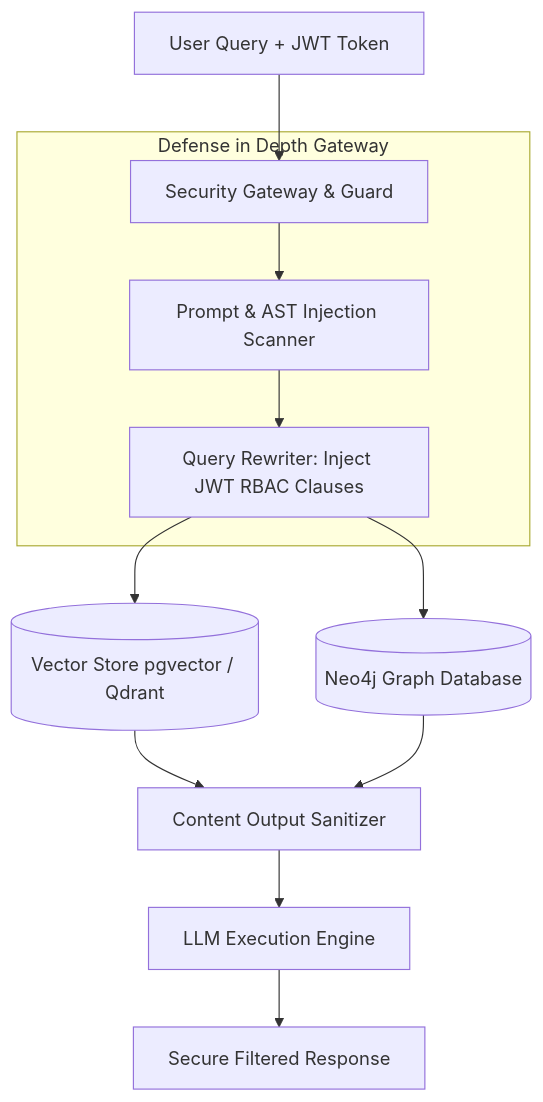
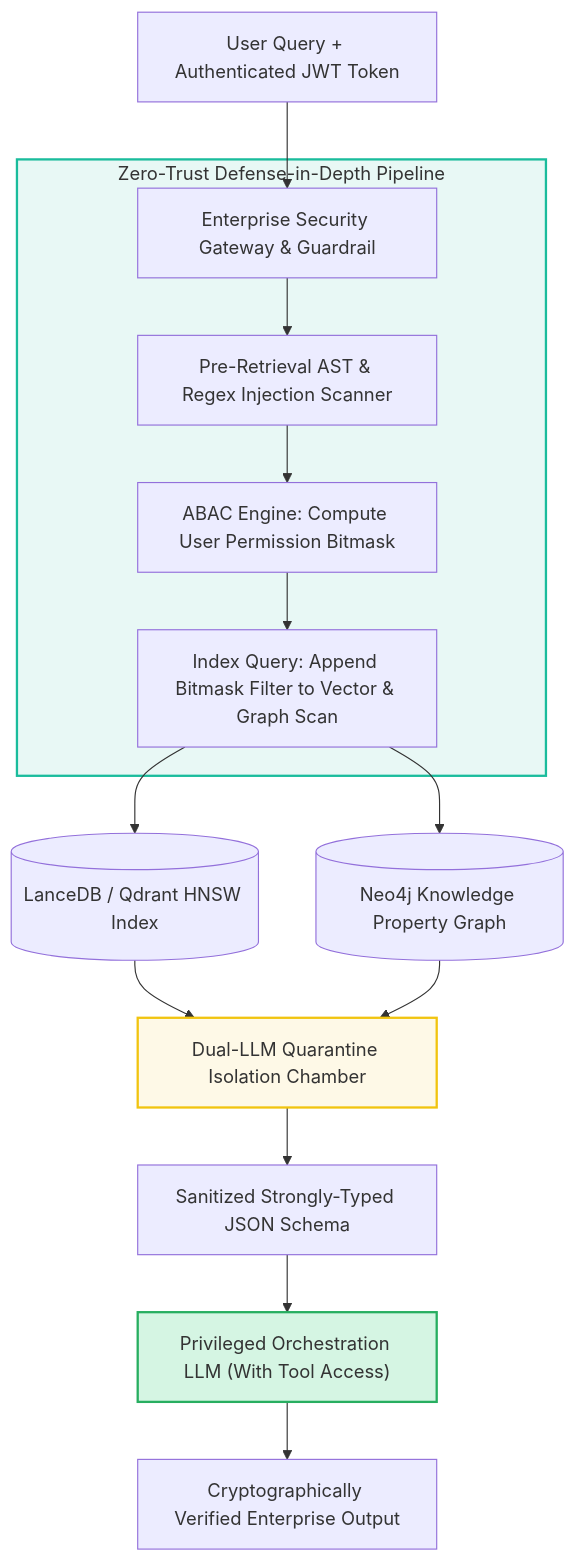
The first of 2 diagrams in content/series/ai-data-engineering-pipeline/part-5-enterprise-security-data-poisoning.md (vesviet/vesviet), drawn with Mermaid before and after one commit. The commit also changed other lines of this file and 67 other files, not shown here.

````diff
--- a/content/series/ai-data-engineering-pipeline/part-5-enterprise-security-data-poisoning.md
+++ b/content/series/ai-data-engineering-pipeline/part-5-enterprise-security-data-poisoning.md
@@ -57,18 +51,24 @@
 ```mermaid
 graph TD
-    UserReq["User Query + JWT Token"] --> Gateway["Security Gateway & Guard"]
+    UserReq["User Query + Authenticated JWT Token"] --> Gateway["Enterprise Security Gateway & Guardrail"]
     
-    subgraph Defense in Depth Gateway
-        Gateway --> Scanner["Prompt & AST Injection Scanner"]
-        Scanner --> Rewriter["Query Rewriter: Inject JWT RBAC Clauses"]
+    subgraph DefenseInDepth ["Zero-Trust Defense-in-Depth Pipeline"]
+        Gateway --> Scanner["Pre-Retrieval AST & Regex Injection Scanner"]
+        Scanner --> BitmaskGen["ABAC Engine: Compute User Permission Bitmask"]
+        BitmaskGen --> FilteredSearch["Index Query: Append Bitmask Filter to Vector & Graph Scan"]
     end
 
-    Rewriter --> VectorStore[("Vector Store pgvector / Qdrant")]
-    Rewriter --> GraphStore[("Neo4j Graph Database")]
+    FilteredSearch --> VectorStore[("LanceDB / Qdrant HNSW Index")]
+    FilteredSearch --> GraphStore[("Neo4j Knowledge Property Graph")]
 
-    VectorStore --> ContextFilter["Content Output Sanitizer"]
-    GraphStore --> ContextFilter
+    VectorStore --> Quarantine["Dual-LLM Quarantine Isolation Chamber"]
+    GraphStore --> Quarantine
 
-    ContextFilter --> LLM["LLM Execution Engine"]
-    LLM --> UserResp["Secure Filtered Response"]
+    Quarantine --> StructuredJSON["Sanitized Strongly-Typed JSON Schema"]
+    StructuredJSON --> PrivilegedLLM["Privileged Orchestration LLM (With Tool Access)"]
+    PrivilegedLLM --> SafeResponse["Cryptographically Verified Enterprise Output"]
+
+    style DefenseInDepth fill:#e8f8f5,stroke:#1abc9c,stroke-width:2px
+    style Quarantine fill:#fef9e7,stroke:#f1c40f,stroke-width:2px
+    style PrivilegedLLM fill:#d5f5e3,stroke:#27ae60,stroke-width:2px
 ```
````
